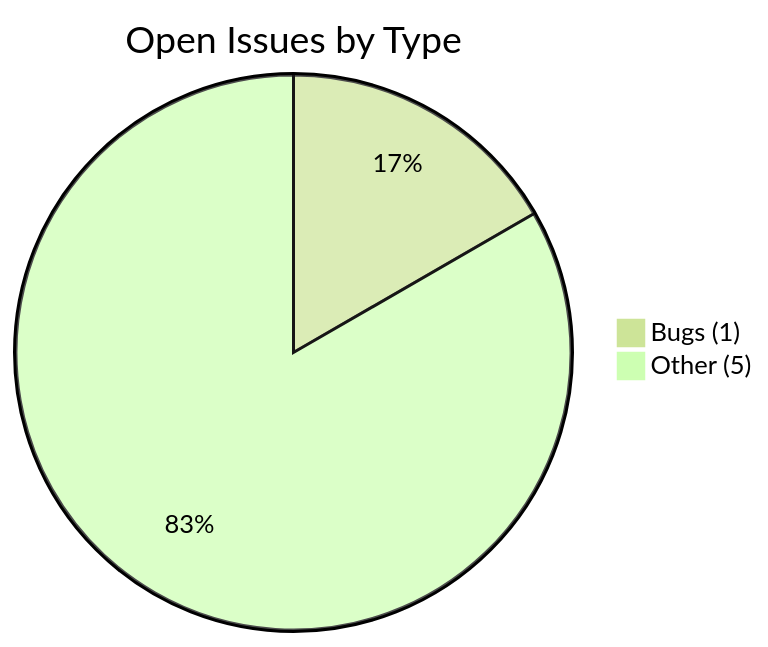
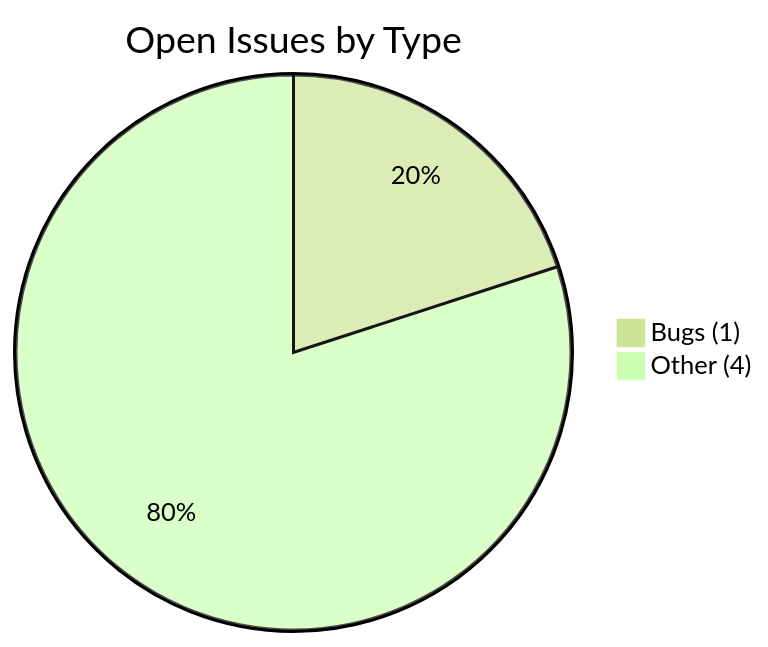
One commit to Nitsur10/invoice-dashboard-deploy changed the second of 4 diagrams in docs/tracker.md. Above: the diagram before and after it, drawn with Mermaid (forest theme). The commit also changed other lines of this file and 1 other file, not shown here.

````diff
--- a/docs/tracker.md
+++ b/docs/tracker.md
@@ -30,8 +30,8 @@
 ```mermaid
 pie title Open Issues by Type
     
     "Bugs (1)" : 1
     
-    "Other (5)" : 5
+    "Other (4)" : 4
     
 ```
````
